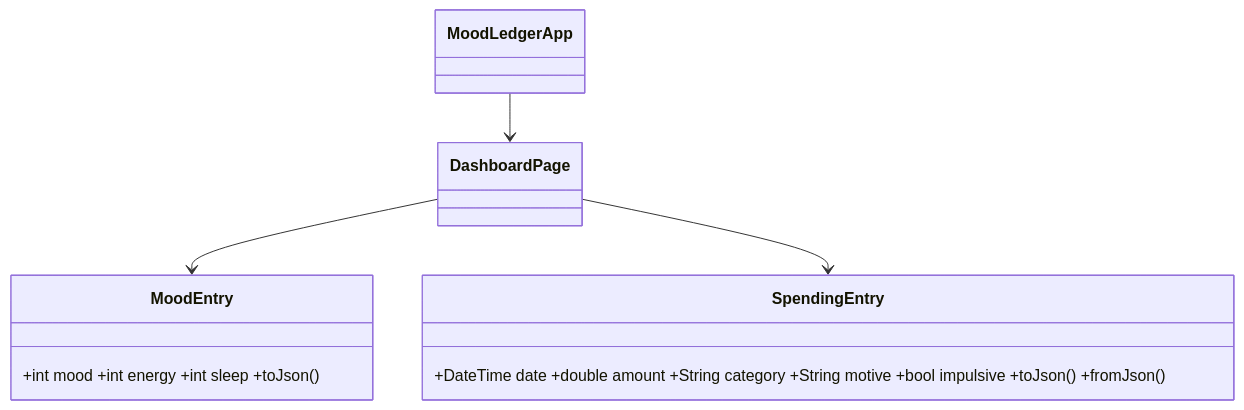
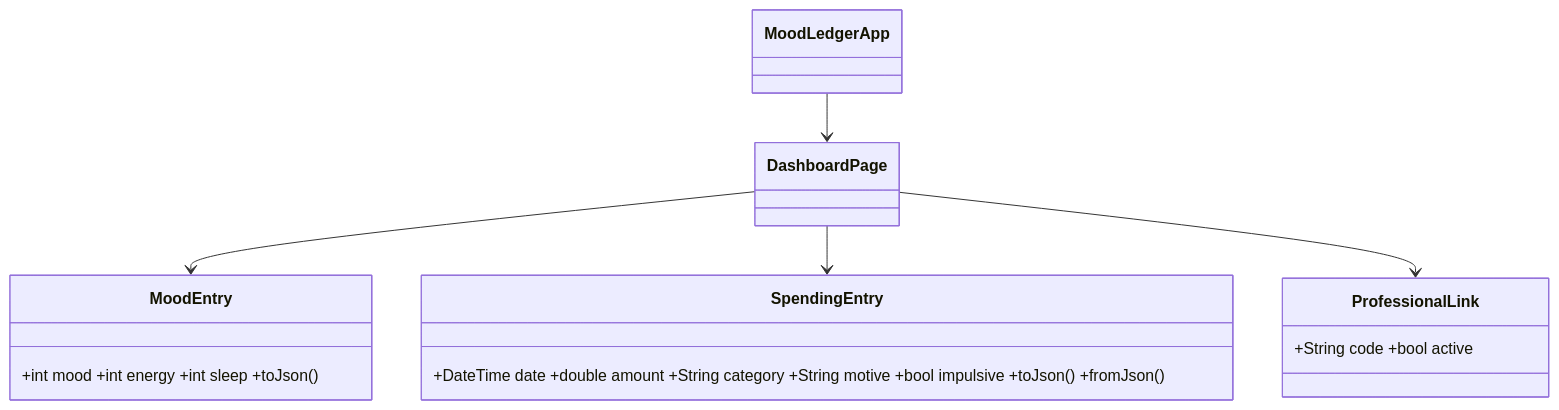
The diagram in docs/diagrams/uml/02-class.mmd (AloisioMagalhaes/bipolar-mood-spending-tracker), drawn with Mermaid before and after one commit. The commit also changed 19 other files, not shown here.

Commit message:
feat(consent): add bilateral professional link flow

```diff
--- a/docs/diagrams/uml/02-class.mmd
+++ b/docs/diagrams/uml/02-class.mmd
@@ -1,8 +1,10 @@
 classDiagram
 class MoodEntry {+int mood +int energy +int sleep +toJson()}
 class SpendingEntry {+DateTime date +double amount +String category +String motive +bool impulsive +toJson() +fromJson()}
 class MoodLedgerApp
 class DashboardPage
 MoodLedgerApp --> DashboardPage
 DashboardPage --> MoodEntry
 DashboardPage --> SpendingEntry
+class ProfessionalLink {+String code +bool active}
+DashboardPage --> ProfessionalLink
```
